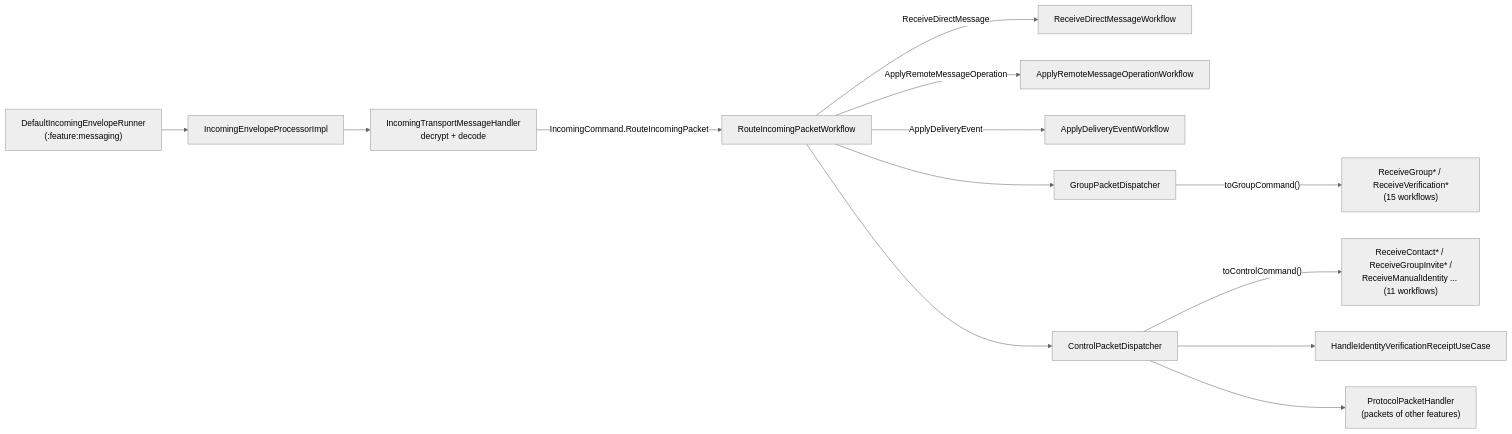
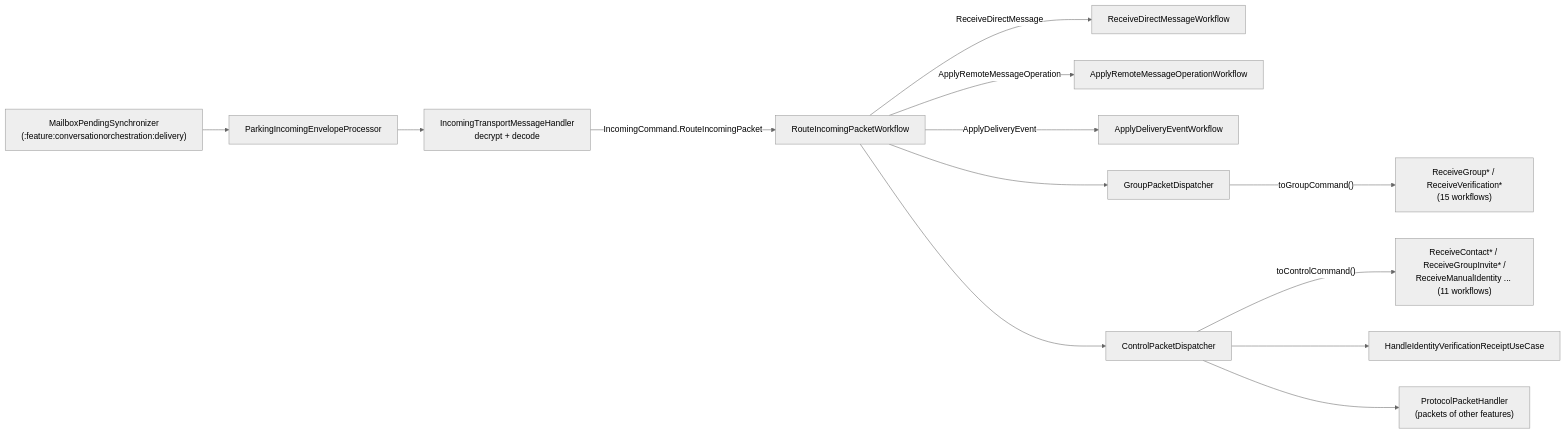
Before and after one commit to cbgm/Sparrow: the sixth of 6 diagrams in docs/architecture/conversation-orchestration.md, drawn with Mermaid (neutral theme). The commit also changed other lines of this file and 1796 other files, not shown here.

````diff
--- a/docs/architecture/conversation-orchestration.md
+++ b/docs/architecture/conversation-orchestration.md
@@ -369,15 +365,15 @@
 ```mermaid
 flowchart LR
-    RUN["DefaultIncomingEnvelopeRunner<br/>(:feature:messaging)"] --> PROC[IncomingEnvelopeProcessorImpl]
+    RUN["MailboxPendingSynchronizer<br/>(:feature:conversationorchestration:delivery)"] --> PROC[ParkingIncomingEnvelopeProcessor]
     PROC --> HANDLER["IncomingTransportMessageHandler<br/>decrypt + decode"]
     HANDLER -->|"IncomingCommand.RouteIncomingPacket"| ROUTE[RouteIncomingPacketWorkflow]
     ROUTE -->|ReceiveDirectMessage| DIRECT[ReceiveDirectMessageWorkflow]
     ROUTE -->|ApplyRemoteMessageOperation| OP[ApplyRemoteMessageOperationWorkflow]
     ROUTE -->|ApplyDeliveryEvent| RECEIPT[ApplyDeliveryEventWorkflow]
     ROUTE --> GROUP[GroupPacketDispatcher]
     ROUTE --> CONTROL[ControlPacketDispatcher]
     GROUP -->|"toGroupCommand()"| GW["ReceiveGroup* / ReceiveVerification*<br/>(15 workflows)"]
     CONTROL -->|"toControlCommand()"| CW["ReceiveContact* / ReceiveGroupInvite* /<br/>ReceiveManualIdentity ... (11 workflows)"]
     CONTROL --> RECEIPTS["HandleIdentityVerificationReceiptUseCase"]
     CONTROL --> OTHER["ProtocolPacketHandler<br/>(packets of other features)"]
 ```
````
